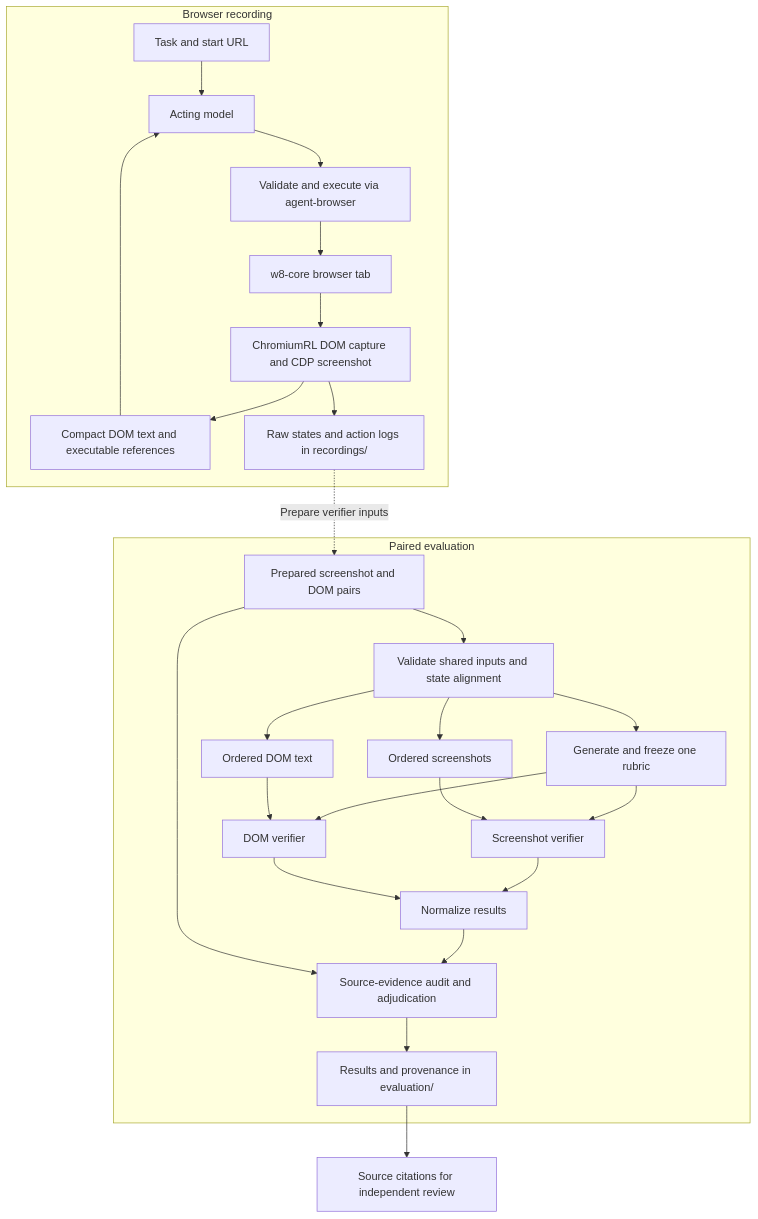
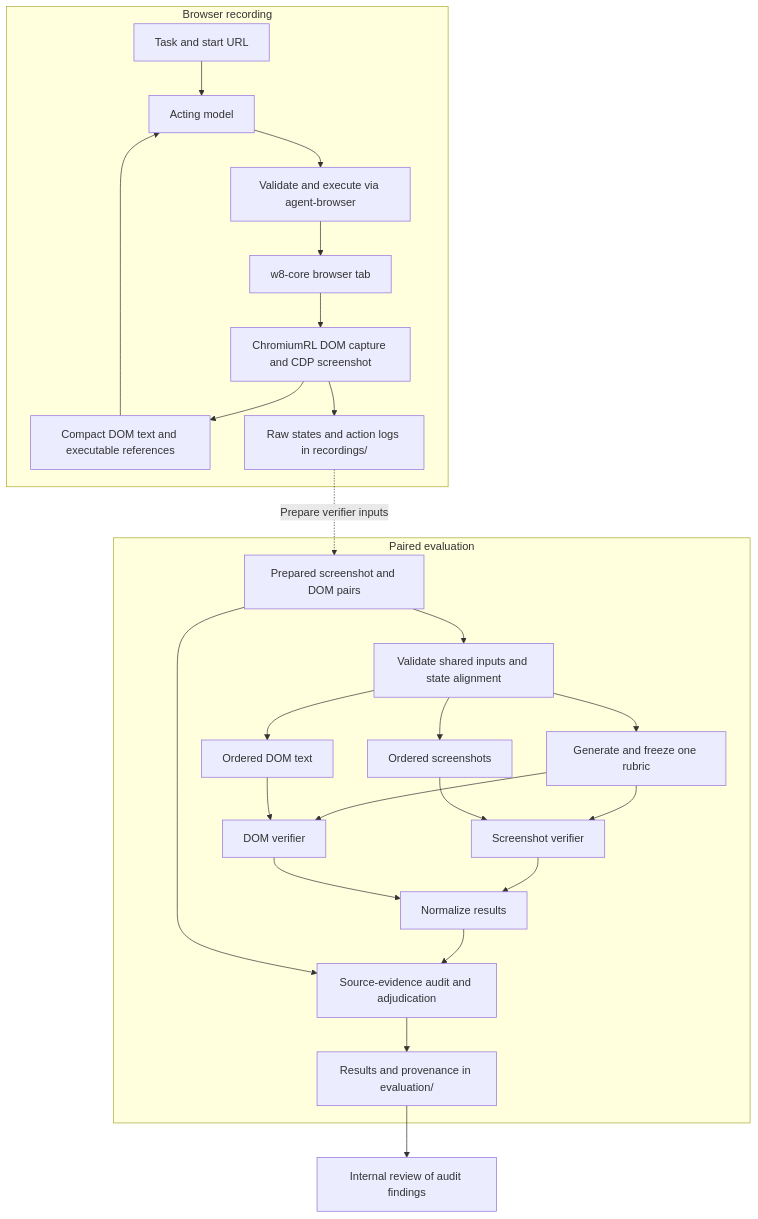
One commit to wootzapp/w8-domdiff-bench changed the diagram in README.md. Above: the diagram before and after it, drawn with Mermaid. The commit also changed other lines of this file and 15 other files, not shown here.

````diff
--- a/README.md
+++ b/README.md
@@ -282,29 +258,29 @@
 ```mermaid
 flowchart TB
     subgraph recording[Browser recording]
         task[Task and start URL] --> actor[Acting model]
         actor --> harness[Validate and execute via agent-browser]
         harness --> browser[w8-core browser tab]
         browser --> capture[ChromiumRL DOM capture and CDP screenshot]
         capture --> observation[Compact DOM text and executable references]
         observation --> actor
         capture --> raw[Raw states and action logs in recordings/]
     end
     raw -. Prepare verifier inputs .-> pairs[Prepared screenshot and DOM pairs]
     subgraph evaluation[Paired evaluation]
         pairs --> check[Validate shared inputs and state alignment]
         check --> rubric[Generate and freeze one rubric]
         rubric --> ssjudge[Screenshot verifier]
         rubric --> domjudge[DOM verifier]
         check --> screenshots[Ordered screenshots]
         check --> dom[Ordered DOM text]
         screenshots --> ssjudge
         dom --> domjudge
         ssjudge --> normalize[Normalize results]
         domjudge --> normalize
         normalize --> audit[Source-evidence audit and adjudication]
         pairs --> audit
         audit --> output[Results and provenance in evaluation/]
     end
-    output --> review[Source citations for independent review]
+    output --> review[Internal review of audit findings]
 ```
````
